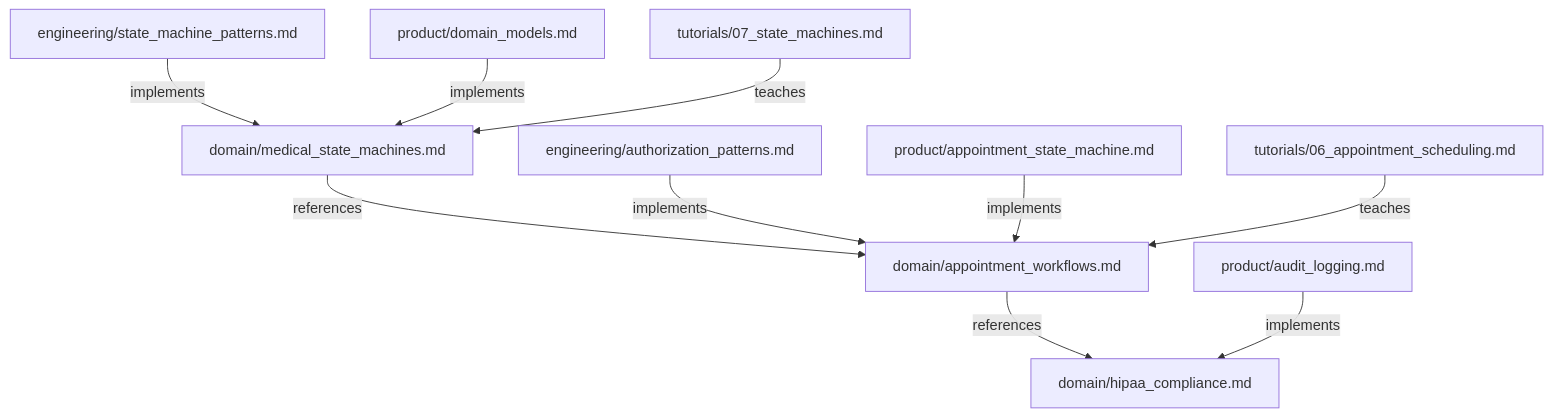
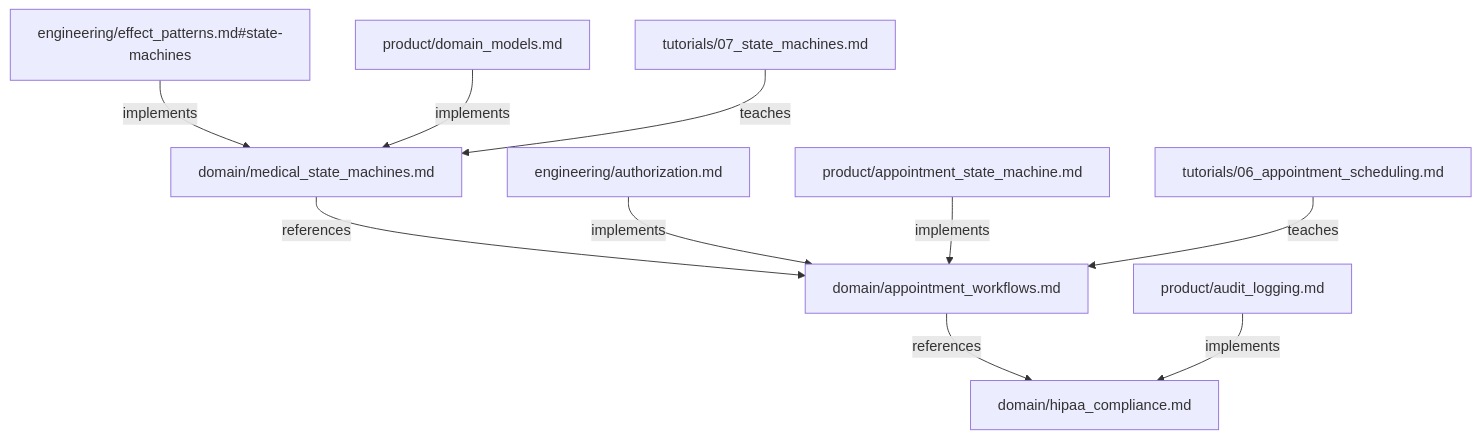
One commit to Tuee22/effectful changed the diagram in demo/healthhub/documents/domain/README.md. Above: the diagram before and after it, drawn with Mermaid. The commit also changed other lines of this file and 52 other files, not shown here.

````diff
--- a/demo/healthhub/documents/domain/README.md
+++ b/demo/healthhub/documents/domain/README.md
@@ -124,29 +136,29 @@
 ```mermaid
 graph TB
     A[domain/appointment_workflows.md]
     B[domain/medical_state_machines.md]
     C[domain/hipaa_compliance.md]
 
-    D[engineering/state_machine_patterns.md]
-    E[engineering/authorization_patterns.md]
+    D[engineering/effect_patterns.md#state-machines]
+    E[engineering/authorization.md]
 
     F[product/appointment_state_machine.md]
     G[product/domain_models.md]
     H[product/audit_logging.md]
 
     I[tutorials/06_appointment_scheduling.md]
     J[tutorials/07_state_machines.md]
 
     B -->|references| A
     A -->|references| C
 
     D -->|implements| B
     E -->|implements| A
 
     F -->|implements| A
     G -->|implements| B
     H -->|implements| C
 
     I -->|teaches| A
     J -->|teaches| B
 ```
````
